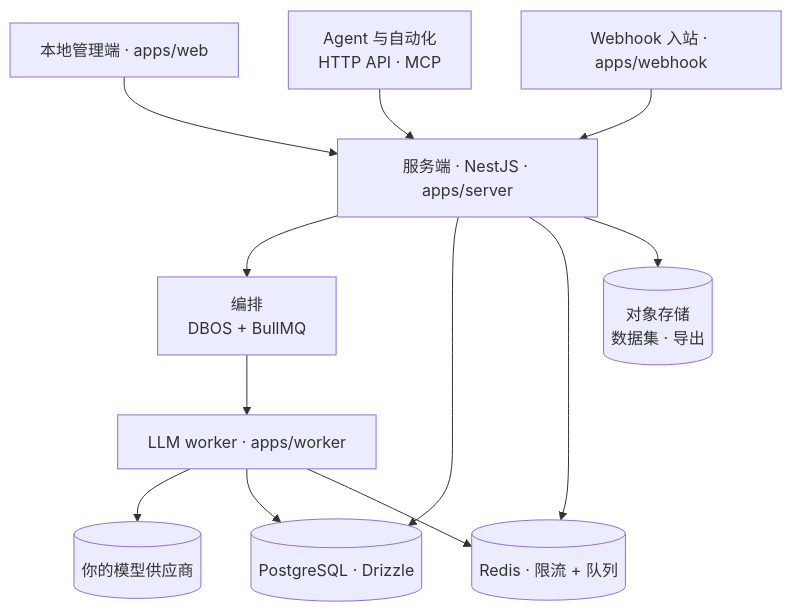
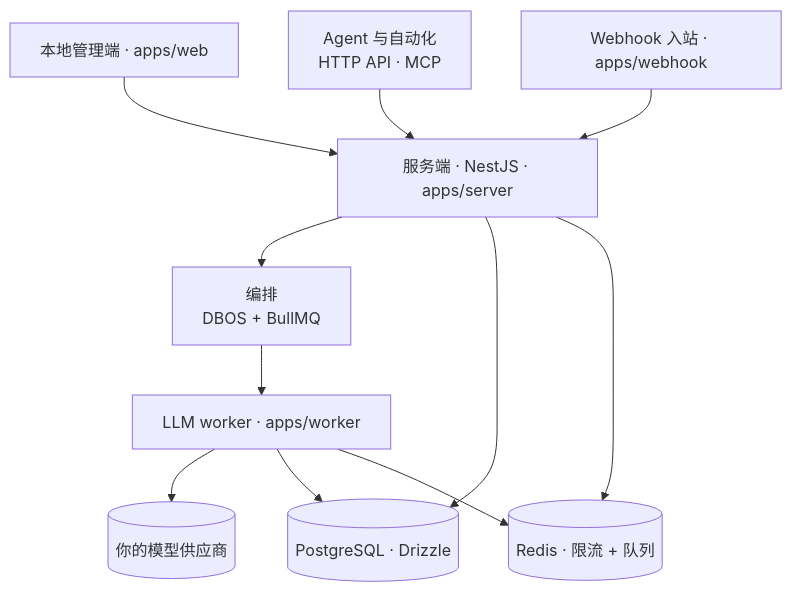
One commit to proofhound/proofhound changed the diagram in README.zh-CN.md. Above: the diagram before and after it, drawn with Mermaid. The commit also changed other lines of this file and 1 other file, not shown here.

Commit message:
docs(readme): drop object-storage from How it works (no such functionality)

````diff
--- a/README.zh-CN.md
+++ b/README.zh-CN.md
@@ -101,17 +101,16 @@
 ```mermaid
 flowchart TD
     WEB[本地管理端 · apps/web]
     AGENT[Agent 与自动化<br/>HTTP API · MCP]
     HOOK[Webhook 入站 · apps/webhook]
     WEB --> SRV
     AGENT --> SRV[服务端 · NestJS · apps/server]
     HOOK --> SRV
     SRV --> ORCH[编排<br/>DBOS + BullMQ]
     ORCH --> WORK[LLM worker · apps/worker]
     WORK --> PROV[(你的模型供应商)]
     SRV --> PG[(PostgreSQL · Drizzle)]
     SRV --> REDIS[(Redis · 限流 + 队列)]
-    SRV --> OBJ[(对象存储<br/>数据集 · 导出)]
     WORK --> PG
     WORK --> REDIS
 ```
````
